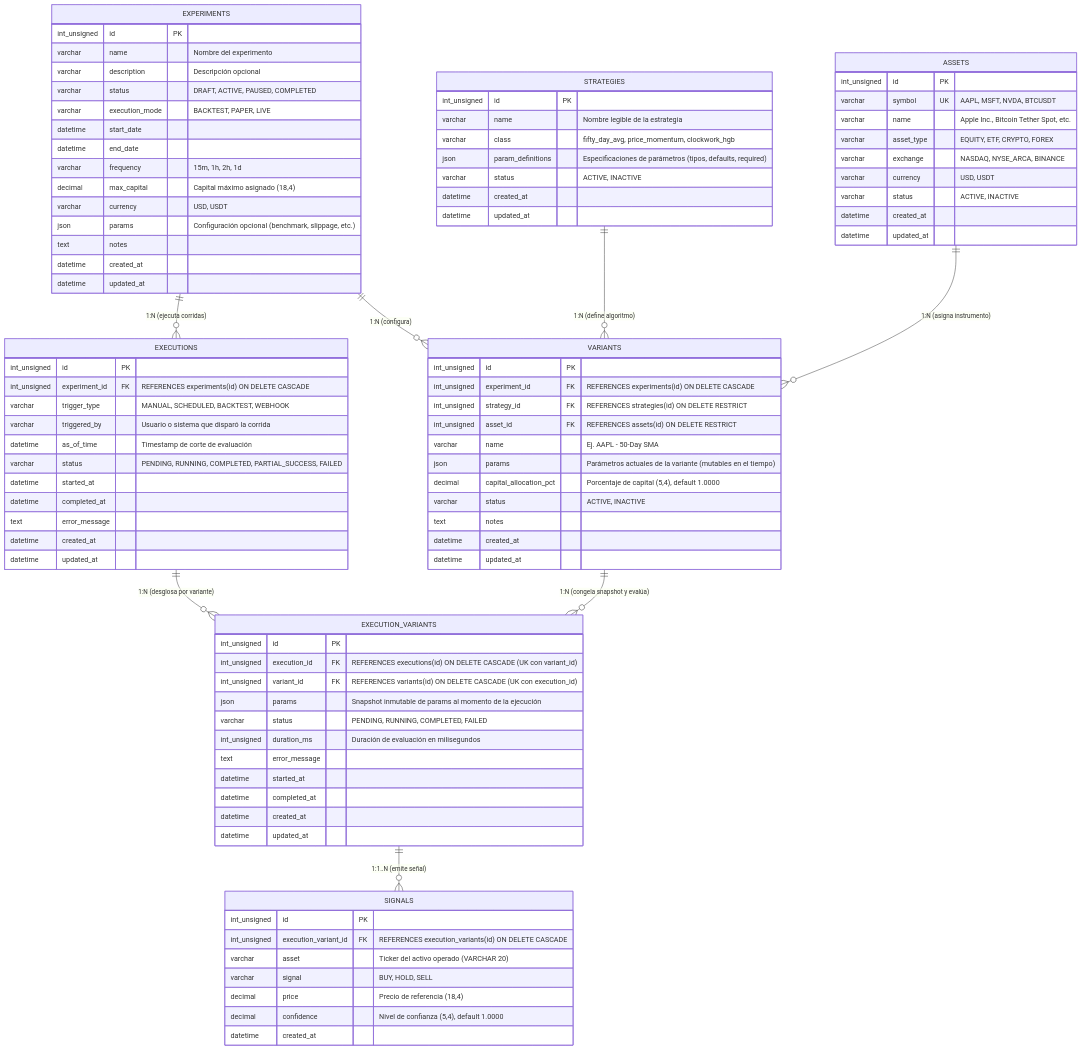
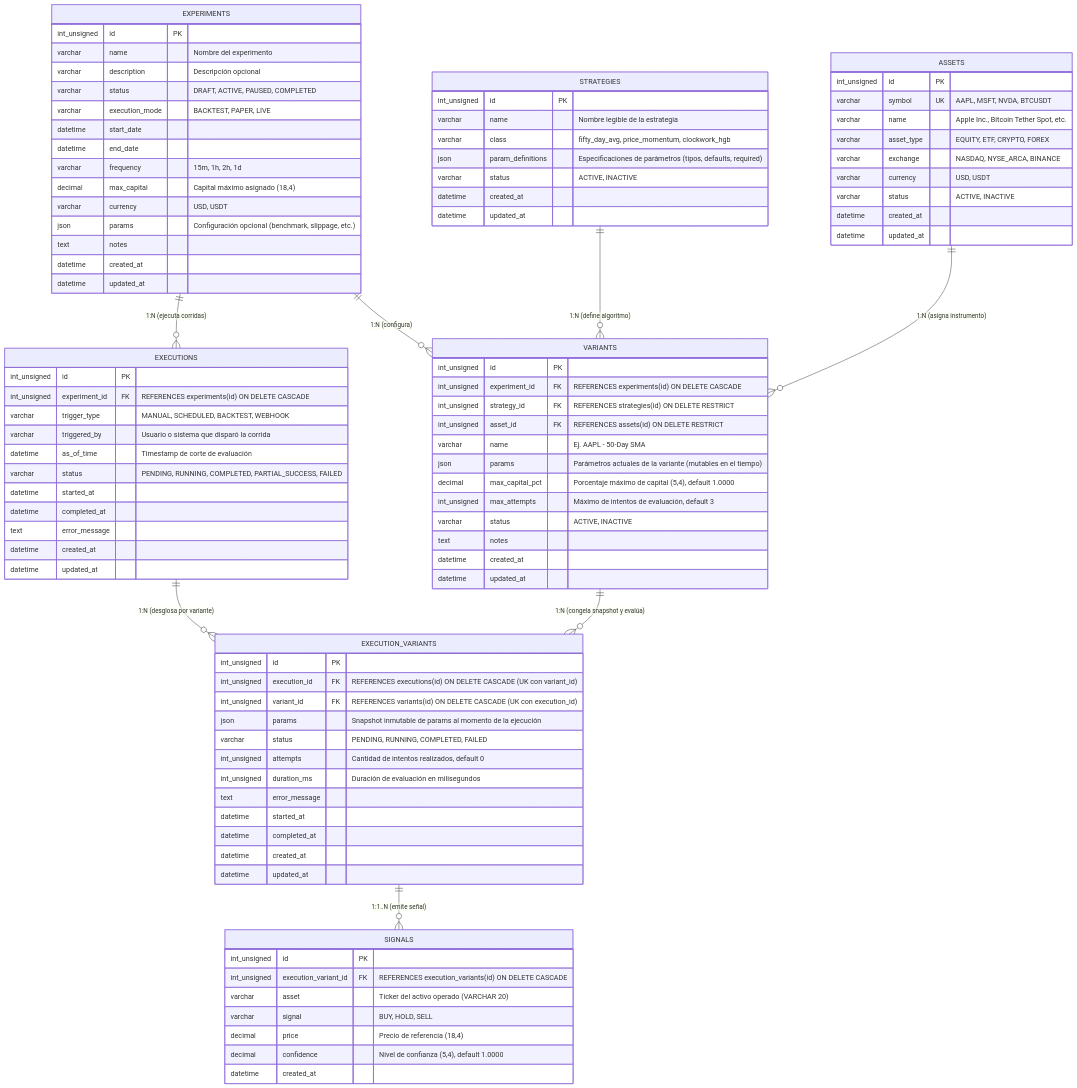
The diagram in docs/relational-diagram.mmd (leandrogutierrez148/quantito-engine), drawn with Mermaid before and after one commit. The commit also changed 10 other files, not shown here.

```diff
--- a/docs/relational-diagram.mmd
+++ b/docs/relational-diagram.mmd
@@ -1,102 +1,104 @@
 erDiagram
     %% Relaciones de Especificación, Activos y Configuración
     EXPERIMENTS ||--o{ VARIANTS : "1:N (configura)"
     STRATEGIES ||--o{ VARIANTS : "1:N (define algoritmo)"
     ASSETS ||--o{ VARIANTS : "1:N (asigna instrumento)"
 
     %% Relaciones de Ciclo de Vida de Ejecución y Señales
     EXPERIMENTS ||--o{ EXECUTIONS : "1:N (ejecuta corridas)"
     EXECUTIONS ||--o{ EXECUTION_VARIANTS : "1:N (desglosa por variante)"
     VARIANTS ||--o{ EXECUTION_VARIANTS : "1:N (congela snapshot y evalúa)"
     EXECUTION_VARIANTS ||--o{ SIGNALS : "1:1..N (emite señal)"
 
     ASSETS {
         int_unsigned id PK
         varchar symbol UK "AAPL, MSFT, NVDA, BTCUSDT"
         varchar name "Apple Inc., Bitcoin Tether Spot, etc."
         varchar asset_type "EQUITY, ETF, CRYPTO, FOREX"
         varchar exchange "NASDAQ, NYSE_ARCA, BINANCE"
         varchar currency "USD, USDT"
         varchar status "ACTIVE, INACTIVE"
         datetime created_at
         datetime updated_at
     }
 
     EXPERIMENTS {
         int_unsigned id PK
         varchar name "Nombre del experimento"
         varchar description "Descripción opcional"
         varchar status "DRAFT, ACTIVE, PAUSED, COMPLETED"
         varchar execution_mode "BACKTEST, PAPER, LIVE"
         datetime start_date
         datetime end_date
         varchar frequency "15m, 1h, 2h, 1d"
         decimal max_capital "Capital máximo asignado (18,4)"
         varchar currency "USD, USDT"
         json params "Configuración opcional (benchmark, slippage, etc.)"
         text notes
         datetime created_at
         datetime updated_at
     }
 
     STRATEGIES {
         int_unsigned id PK
         varchar name "Nombre legible de la estrategia"
         varchar class "fifty_day_avg, price_momentum, clockwork_hgb"
         json param_definitions "Especificaciones de parámetros (tipos, defaults, required)"
         varchar status "ACTIVE, INACTIVE"
         datetime created_at
         datetime updated_at
     }
 
     VARIANTS {
         int_unsigned id PK
         int_unsigned experiment_id FK "REFERENCES experiments(id) ON DELETE CASCADE"
         int_unsigned strategy_id FK "REFERENCES strategies(id) ON DELETE RESTRICT"
         int_unsigned asset_id FK "REFERENCES assets(id) ON DELETE RESTRICT"
         varchar name "Ej. AAPL - 50-Day SMA"
         json params "Parámetros actuales de la variante (mutables en el tiempo)"
-        decimal capital_allocation_pct "Porcentaje de capital (5,4), default 1.0000"
+        decimal max_capital_pct "Porcentaje máximo de capital (5,4), default 1.0000"
+        int_unsigned max_attempts "Máximo de intentos de evaluación, default 3"
         varchar status "ACTIVE, INACTIVE"
         text notes
         datetime created_at
         datetime updated_at
     }
 
     EXECUTIONS {
         int_unsigned id PK
         int_unsigned experiment_id FK "REFERENCES experiments(id) ON DELETE CASCADE"
         varchar trigger_type "MANUAL, SCHEDULED, BACKTEST, WEBHOOK"
         varchar triggered_by "Usuario o sistema que disparó la corrida"
         datetime as_of_time "Timestamp de corte de evaluación"
         varchar status "PENDING, RUNNING, COMPLETED, PARTIAL_SUCCESS, FAILED"
         datetime started_at
         datetime completed_at
         text error_message
         datetime created_at
         datetime updated_at
     }
 
     EXECUTION_VARIANTS {
         int_unsigned id PK
         int_unsigned execution_id FK "REFERENCES executions(id) ON DELETE CASCADE (UK con variant_id)"
         int_unsigned variant_id FK "REFERENCES variants(id) ON DELETE CASCADE (UK con execution_id)"
         json params "Snapshot inmutable de params al momento de la ejecución"
         varchar status "PENDING, RUNNING, COMPLETED, FAILED"
+        int_unsigned attempts "Cantidad de intentos realizados, default 0"
         int_unsigned duration_ms "Duración de evaluación en milisegundos"
         text error_message
         datetime started_at
         datetime completed_at
         datetime created_at
         datetime updated_at
     }
 
     SIGNALS {
         int_unsigned id PK
         int_unsigned execution_variant_id FK "REFERENCES execution_variants(id) ON DELETE CASCADE"
         varchar asset "Ticker del activo operado (VARCHAR 20)"
         varchar signal "BUY, HOLD, SELL"
         decimal price "Precio de referencia (18,4)"
         decimal confidence "Nivel de confianza (5,4), default 1.0000"
         datetime created_at
     }
```
